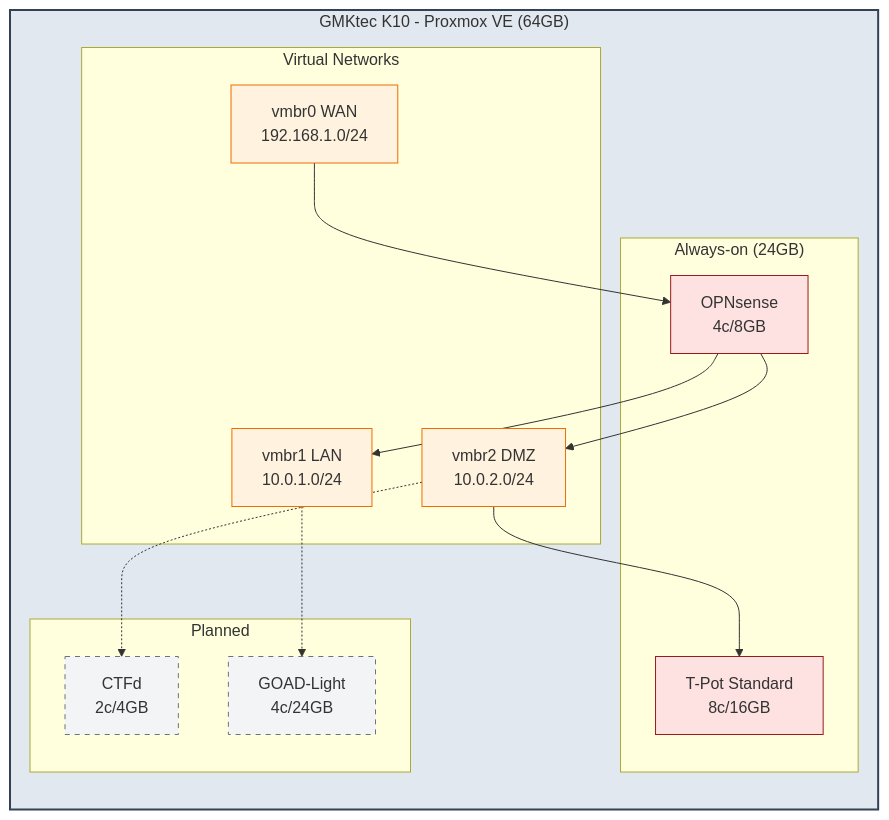
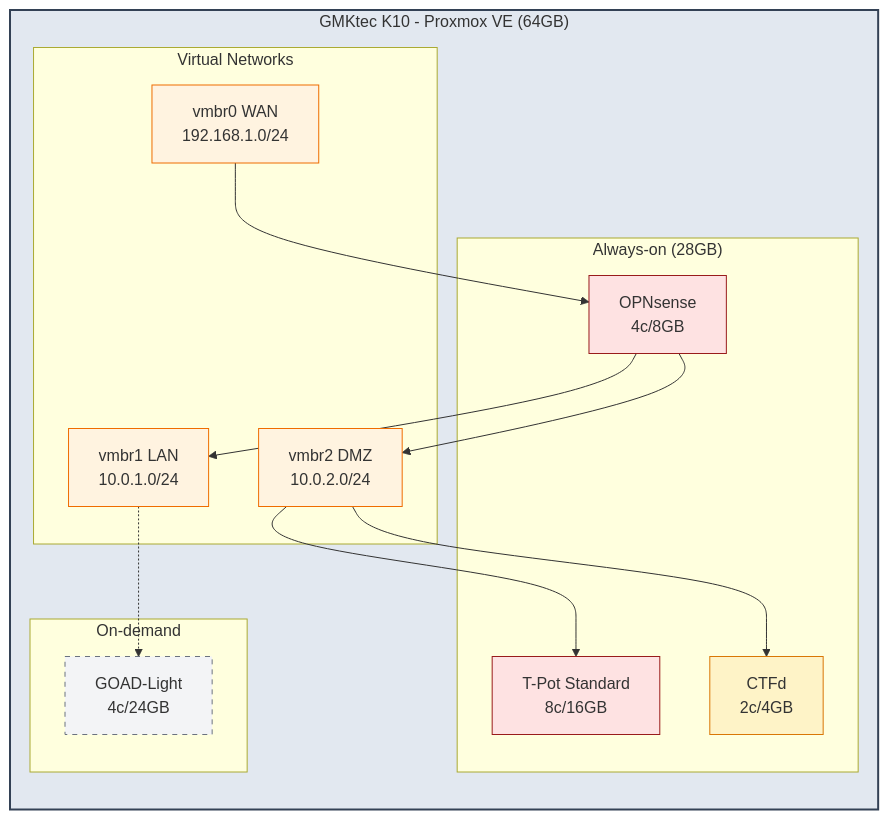
Before and after one commit to yamisskey-dev/yamisskey-terraform: the diagram in README.md, drawn with Mermaid. The commit also changed other lines of this file, not shown here.

First line of the commit message:
Update README: CTFd always-on, GOAD on-demand, network clarification

````diff
--- a/README.md
+++ b/README.md
@@ -36,36 +35,35 @@
 ```mermaid
 graph TB
     classDef host fill:#e2e8f0,stroke:#334155,stroke-width:2px
     classDef net fill:#fff3e0,stroke:#ef6c00
     classDef sec fill:#fee2e2,stroke:#991b1b
     classDef ctf fill:#fef3c7,stroke:#d97706
-    classDef planned fill:#f3f4f6,stroke:#6b7280,stroke-dasharray: 5 5
+    classDef ondemand fill:#f3f4f6,stroke:#6b7280,stroke-dasharray: 5 5
 
     subgraph proxmox["GMKtec K10 - Proxmox VE (64GB)"]
         direction TB
 
         subgraph networks[Virtual Networks]
             vmbr0[vmbr0 WAN<br/>192.168.1.0/24]:::net
             vmbr1[vmbr1 LAN<br/>10.0.1.0/24]:::net
             vmbr2[vmbr2 DMZ<br/>10.0.2.0/24]:::net
         end
 
-        subgraph always["Always-on (24GB)"]
+        subgraph always["Always-on (28GB)"]
             opnsense[OPNsense<br/>4c/8GB]:::sec
             tpot[T-Pot Standard<br/>8c/16GB]:::sec
+            ctfd[CTFd<br/>2c/4GB]:::ctf
         end
 
-        subgraph planned["Planned"]
-            ctfd[CTFd<br/>2c/4GB]:::planned
-            goad[GOAD-Light<br/>4c/24GB]:::planned
+        subgraph ondemand["On-demand"]
+            goad[GOAD-Light<br/>4c/24GB]:::ondemand
         end
     end
 
     vmbr0 --> opnsense
     opnsense --> vmbr1 & vmbr2
     vmbr1 -.-> goad
-    vmbr2 --> tpot
-    vmbr2 -.-> ctfd
+    vmbr2 --> tpot & ctfd
 
     class proxmox host
 ```
````
